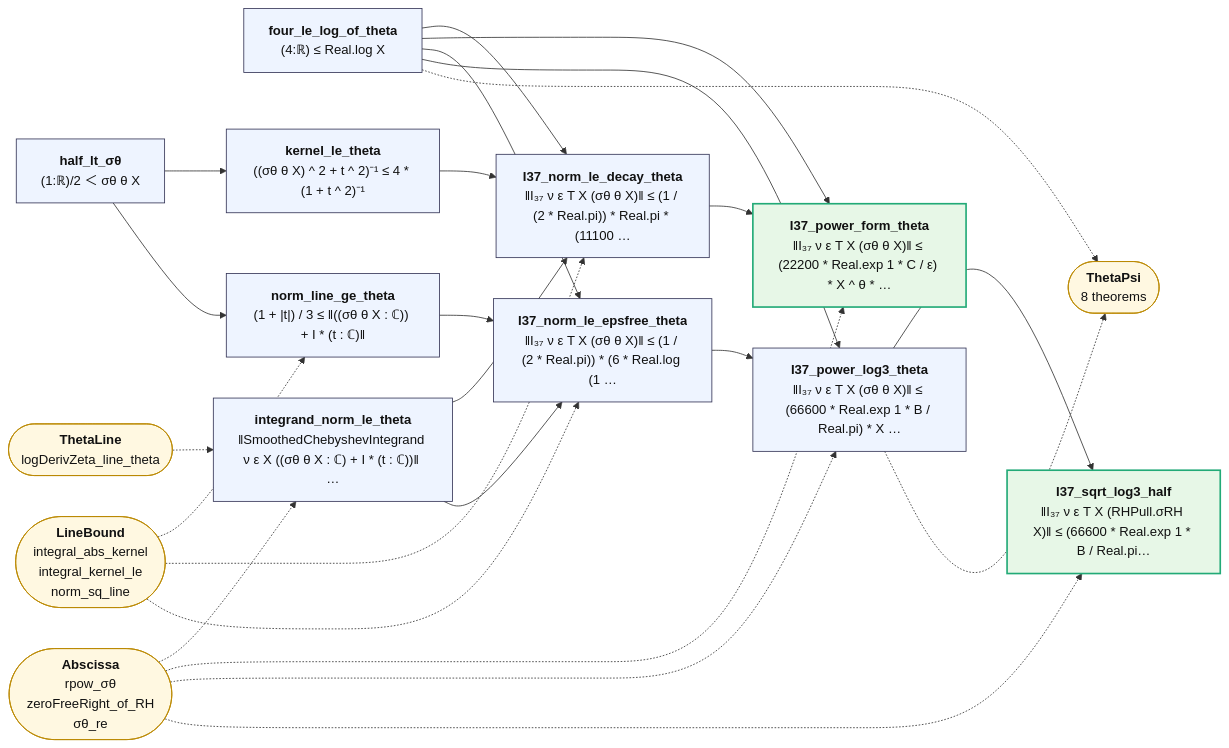
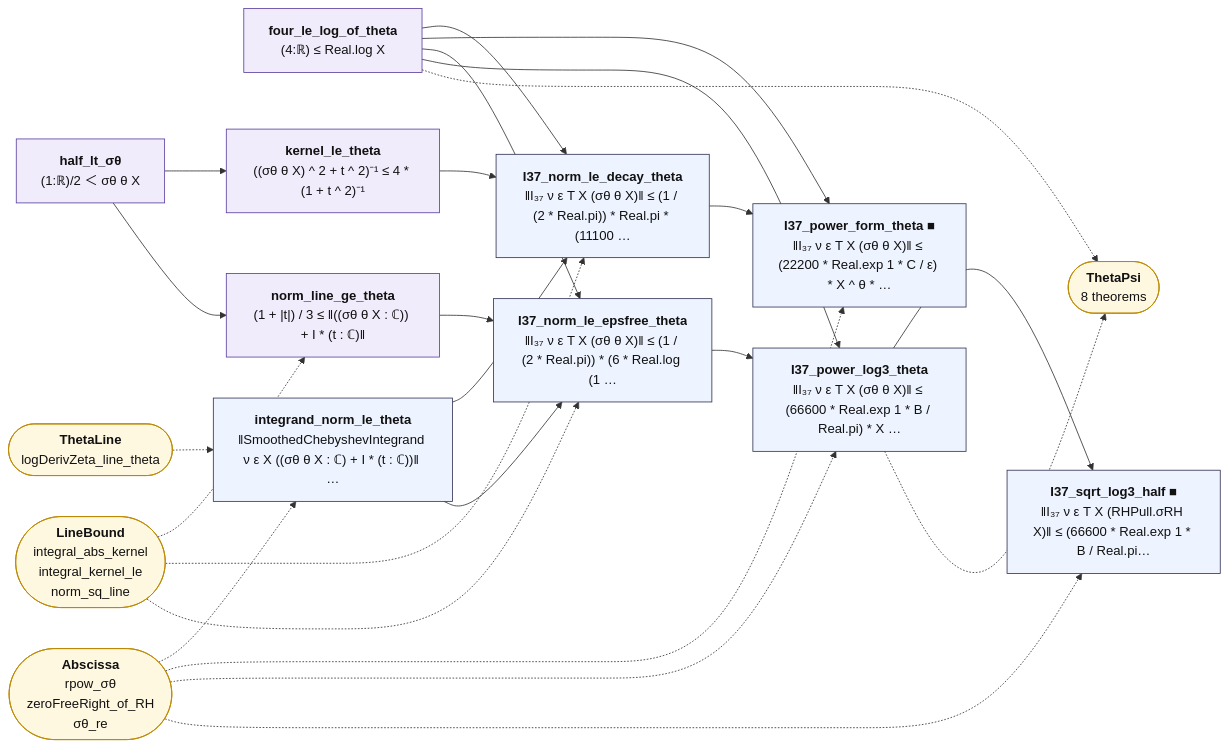
Before and after one commit to juliansambranojr/Primebeat_081426: the diagram in map/lean_stage3/ThetaPull.md, drawn with Mermaid. The commit also changed other lines of this file and 398 other files, not shown here.

````diff
--- a/map/lean_stage3/ThetaPull.md
+++ b/map/lean_stage3/ThetaPull.md
@@ -12,45 +12,48 @@
 ```mermaid
 flowchart LR
-  n0["<b>half_lt_σθ</b><br/>(1:ℝ)/2 ＜ σθ θ X"]:::thm
-  n1["<b>four_le_log_of_theta</b><br/>(4:ℝ) ≤ Real.log X"]:::thm
-  n2["<b>kernel_le_theta</b><br/>((σθ θ X) ^ 2 + t ^ 2)⁻¹ ≤ 4 * (1 + t ^ 2)⁻¹"]:::thm
-  n3["<b>norm_line_ge_theta</b><br/>(1 + |t|) / 3 ≤ ‖((σθ θ X : ℂ)) + I * (t : ℂ)‖"]:::thm
+  n0["<b>half_lt_σθ</b><br/>(1:ℝ)/2 ＜ σθ θ X"]:::shp
+  n1["<b>four_le_log_of_theta</b><br/>(4:ℝ) ≤ Real.log X"]:::shp
+  n2["<b>kernel_le_theta</b><br/>((σθ θ X) ^ 2 + t ^ 2)⁻¹ ≤ 4 * (1 + t ^ 2)⁻¹"]:::shp
+  n3["<b>norm_line_ge_theta</b><br/>(1 + |t|) / 3 ≤ ‖((σθ θ X : ℂ)) + I * (t : ℂ)‖"]:::shp
   n4["<b>integrand_norm_le_theta</b><br/>‖SmoothedChebyshevIntegrand ν ε X ((σθ θ X : ℂ) + I * (t : ℂ))‖ …"]:::thm
   n5["<b>I37_norm_le_decay_theta</b><br/>‖I₃₇ ν ε T X (σθ θ X)‖ ≤ (1 / (2 * Real.pi)) * Real.pi * (11100 …"]:::thm
-  n6["<b>I37_power_form_theta</b><br/>‖I₃₇ ν ε T X (σθ θ X)‖ ≤ (22200 * Real.exp 1 * C / ε) * X ^ θ * …"]:::end_
+  n6["<b>I37_power_form_theta ■</b><br/>‖I₃₇ ν ε T X (σθ θ X)‖ ≤ (22200 * Real.exp 1 * C / ε) * X ^ θ * …"]:::thm
   n7["<b>I37_norm_le_epsfree_theta</b><br/>‖I₃₇ ν ε T X (σθ θ X)‖ ≤ (1 / (2 * Real.pi)) * (6 * Real.log (1 …"]:::thm
   n8["<b>I37_power_log3_theta</b><br/>‖I₃₇ ν ε T X (σθ θ X)‖ ≤ (66600 * Real.exp 1 * B / Real.pi) * X …"]:::thm
-  n9["<b>I37_sqrt_log3_half</b><br/>‖I₃₇ ν ε T X (RHPull.σRH X)‖ ≤ (66600 * Real.exp 1 * B / Real.pi…"]:::end_
+  n9["<b>I37_sqrt_log3_half ■</b><br/>‖I₃₇ ν ε T X (RHPull.σRH X)‖ ≤ (66600 * Real.exp 1 * B / Real.pi…"]:::thm
   x0(["<b>ThetaPsi</b><br/>8 theorems"]):::ext
   x1(["<b>LineBound</b><br/>integral_abs_kernel<br/>integral_kernel_le<br/>norm_sq_line"]):::ext
   x2(["<b>Abscissa</b><br/>rpow_σθ<br/>zeroFreeRight_of_RH<br/>σθ_re"]):::ext
   x3(["<b>ThetaLine</b><br/>logDerivZeta_line_theta"]):::ext
   n0 --> n2
   n0 --> n3
   n1 --> n5
   n1 --> n6
   n1 --> n7
   n1 --> n8
   n2 --> n5
   n3 --> n7
   n4 --> n5
   n4 --> n7
   n5 --> n6
   n7 --> n8
   n8 --> n9
   n1 -.-> x0
   n8 -.-> x0
   x1 -.-> n3
   x1 -.-> n5
   x1 -.-> n7
   x2 -.-> n4
   x2 -.-> n6
   x2 -.-> n8
   x2 -.-> n9
   x3 -.-> n4
+  classDef cnt fill:#dff5ec,stroke:#17694a,color:#111
+  classDef shp fill:#f1ecfb,stroke:#5b3fa0,color:#111
+  classDef rh fill:#ffe5e5,stroke:#c22,color:#111,stroke-width:2px
   classDef thm fill:#eef4ff,stroke:#335,color:#111
   classDef end_ fill:#e7f7e7,stroke:#2a7,color:#111,stroke-width:2px
   classDef lone fill:#fff,stroke:#999,color:#111,stroke-dasharray:4 3
   classDef bad fill:#ffe5e5,stroke:#c22,color:#111,stroke-width:2px
   classDef ext fill:#fff8e1,stroke:#b80,color:#111
 ```
````
